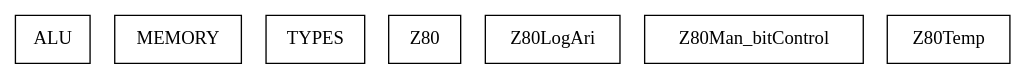
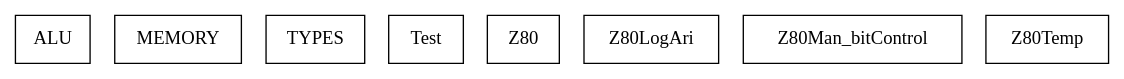
One commit to ValerioMedeiros/b2asm changed the diagram in developments/platforms/Z80_BIT_VECTOR/bdp/Z80_BIT_VECTOR.dot. Above: the diagram before and after it, drawn with Graphviz. The commit also changed 74 other files, not shown here.

```diff
--- a/developments/platforms/Z80_BIT_VECTOR/bdp/Z80_BIT_VECTOR.dot
+++ b/developments/platforms/Z80_BIT_VECTOR/bdp/Z80_BIT_VECTOR.dot
@@ -1,10 +1,11 @@
 digraph {
 ALU [ label=" ALU " shape= box ]
 MEMORY [ label=" MEMORY " shape= box ]
 TYPES [ label=" TYPES " shape= box ]
+Test [ label=" Test " shape= box ]
 Z80 [ label=" Z80 " shape= box ]
 Z80LogAri [ label=" Z80LogAri " shape= box ]
 Z80Man_bitControl [ label=" Z80Man_bitControl " shape= box ]
 Z80Temp [ label=" Z80Temp " shape= box ]
 
 }
```
